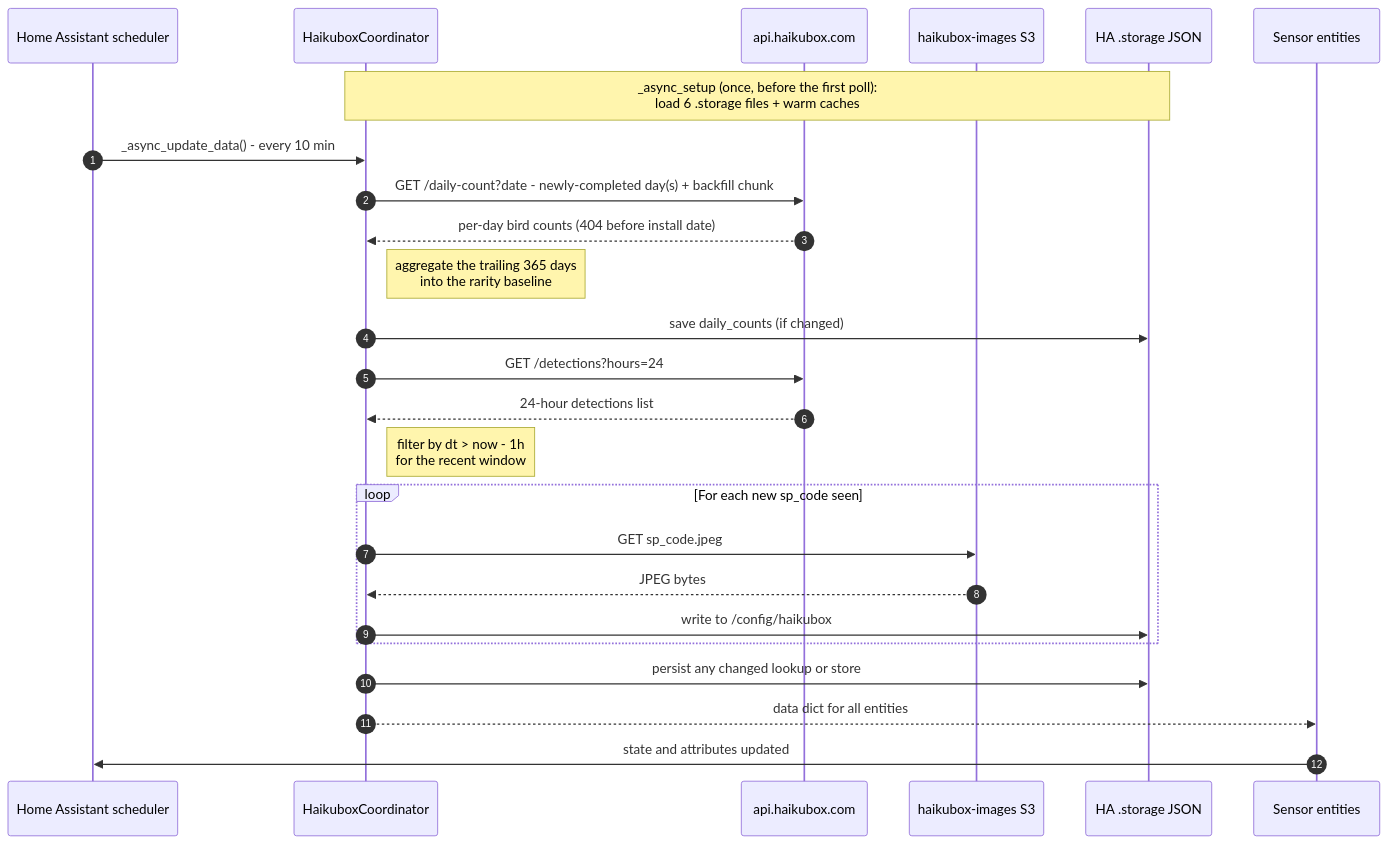
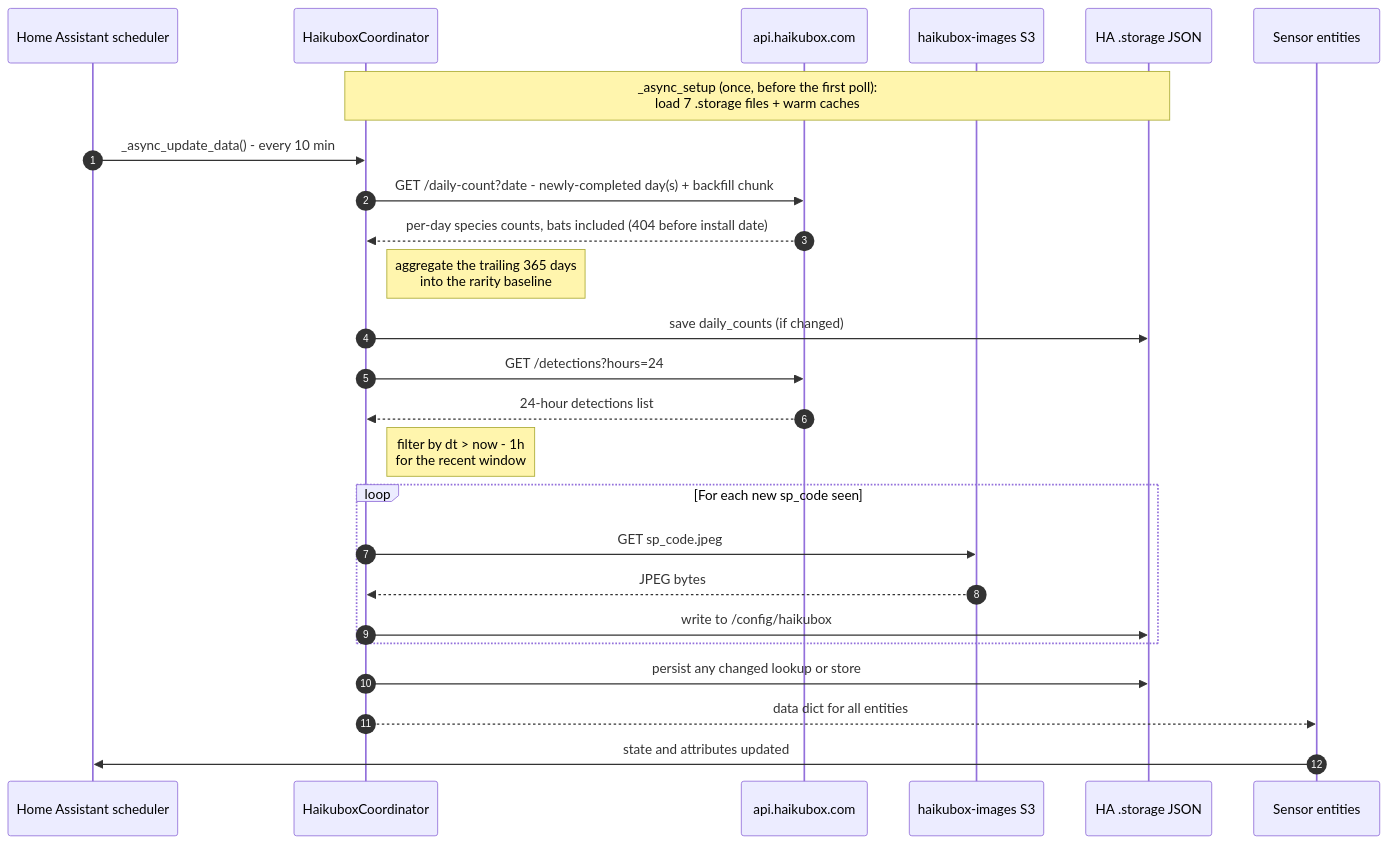
One commit to eklundjon/ha-haikubox changed the diagram in docs/api.md. Above: the diagram before and after it, drawn with Mermaid. The commit also changed other lines of this file and 7 other files, not shown here.

````diff
--- a/docs/api.md
+++ b/docs/api.md
@@ -22,32 +22,32 @@
 ```mermaid
 sequenceDiagram
     autonumber
     participant HA as Home Assistant scheduler
     participant Coord as HaikuboxCoordinator
     participant API as api.haikubox.com
     participant S3 as haikubox-images S3
     participant Store as HA .storage JSON
     participant Sensors as Sensor entities
 
-    Note over Coord,Store: _async_setup (once, before the first poll):<br/>load 6 .storage files + warm caches
+    Note over Coord,Store: _async_setup (once, before the first poll):<br/>load 7 .storage files + warm caches
     HA->>Coord: _async_update_data() - every 10 min
 
     Coord->>API: GET /daily-count?date - newly-completed day(s) + backfill chunk
-    API-->>Coord: per-day bird counts (404 before install date)
+    API-->>Coord: per-day species counts, bats included (404 before install date)
     Note right of Coord: aggregate the trailing 365 days<br/>into the rarity baseline
     Coord->>Store: save daily_counts (if changed)
 
     Coord->>API: GET /detections?hours=24
     API-->>Coord: 24-hour detections list
     Note right of Coord: filter by dt > now - 1h<br/>for the recent window
 
     loop For each new sp_code seen
         Coord->>S3: GET sp_code.jpeg
         S3-->>Coord: JPEG bytes
         Coord->>Store: write to /config/haikubox
     end
 
     Coord->>Store: persist any changed lookup or store
     Coord-->>Sensors: data dict for all entities
     Sensors->>HA: state and attributes updated
 ```
````
